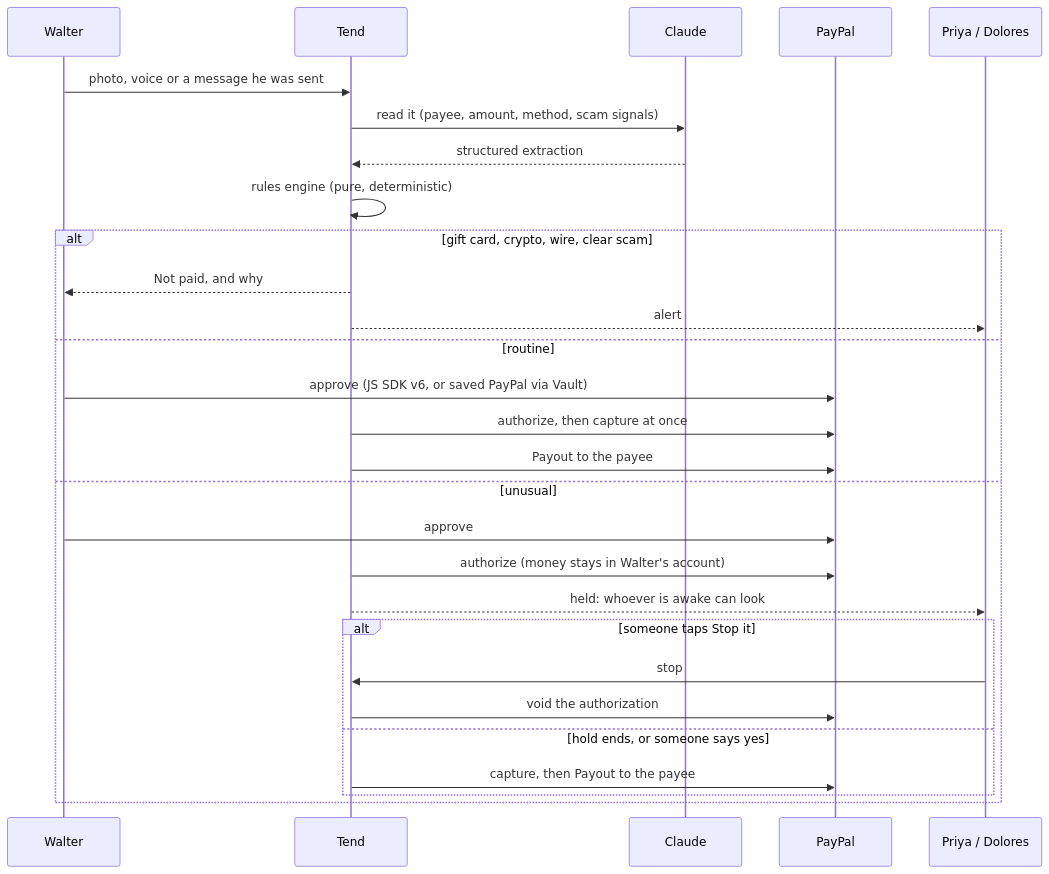
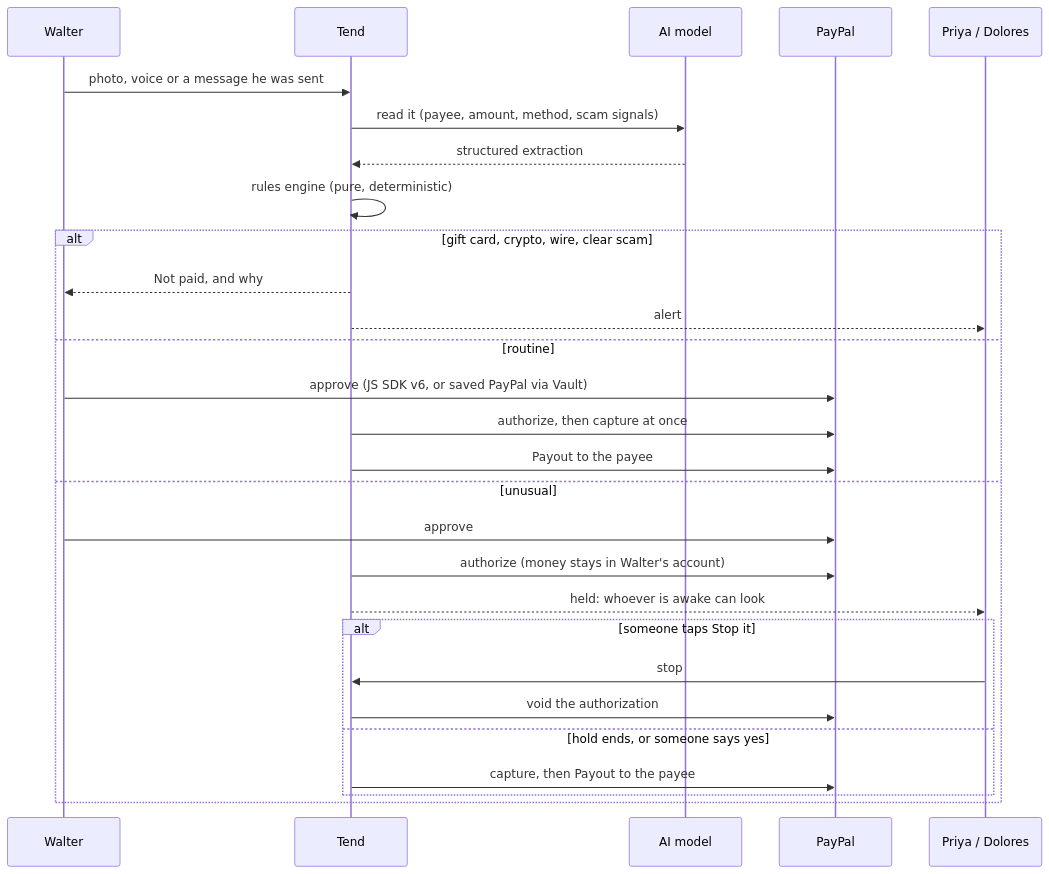
Before and after one commit to Psami-wondah/tend: the diagram in README.md, drawn with Mermaid. The commit also changed other lines of this file and 49 other files, not shown here.

````diff
--- a/README.md
+++ b/README.md
@@ -74,30 +75,30 @@
 ```mermaid
 sequenceDiagram
   participant P as Walter
   participant T as Tend
-  participant C as Claude
+  participant C as AI model
   participant PP as PayPal
   participant K as Priya / Dolores
   P->>T: photo, voice or a message he was sent
   T->>C: read it (payee, amount, method, scam signals)
   C-->>T: structured extraction
   T->>T: rules engine (pure, deterministic)
   alt gift card, crypto, wire, clear scam
     T-->>P: Not paid, and why
     T-->>K: alert
   else routine
     P->>PP: approve (JS SDK v6, or saved PayPal via Vault)
     T->>PP: authorize, then capture at once
     T->>PP: Payout to the payee
   else unusual
     P->>PP: approve
     T->>PP: authorize (money stays in Walter's account)
     T-->>K: held: whoever is awake can look
     alt someone taps Stop it
       K->>T: stop
       T->>PP: void the authorization
     else hold ends, or someone says yes
       T->>PP: capture, then Payout to the payee
     end
   end
 ```
````
